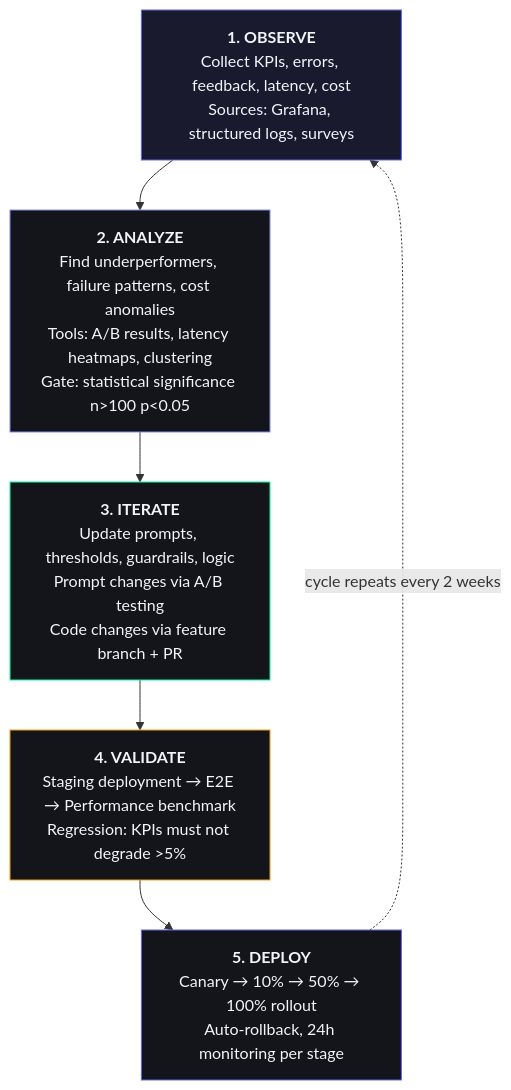
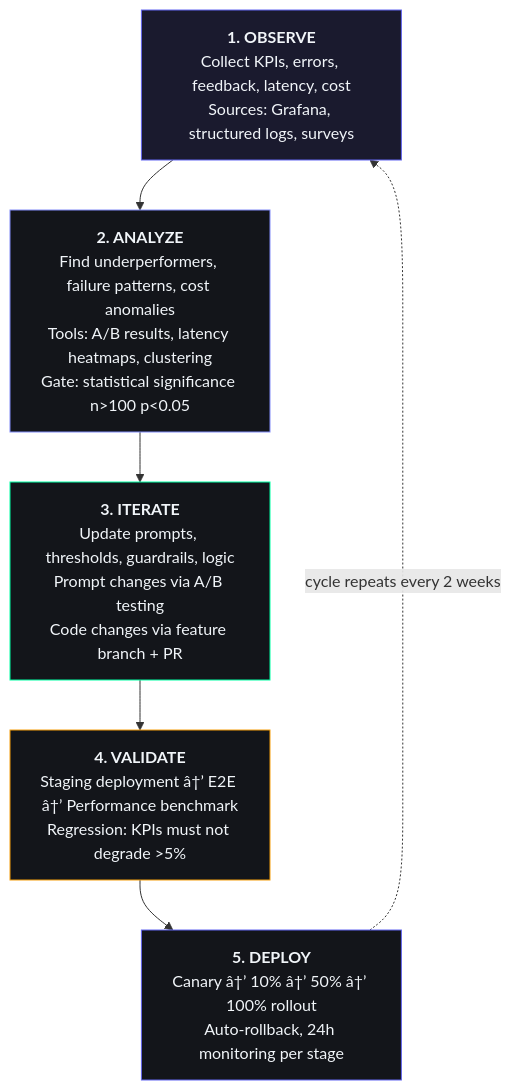
Before and after one commit to rohitkumarnaidu/ARIA-OS---SecondBrain-: the sixth of 8 diagrams in docs/ai/20_Agent.md, drawn with Mermaid. The commit also changed other lines of this file and 9 other files, not shown here.

````diff
--- a/docs/ai/20_Agent.md
+++ b/docs/ai/20_Agent.md
@@ -5006,18 +5028,18 @@
 ```mermaid
 graph TD
     O[<b>1. OBSERVE</b><br/>Collect KPIs, errors, feedback, latency, cost<br/>Sources: Grafana, structured logs, surveys]
     A[<b>2. ANALYZE</b><br/>Find underperformers, failure patterns, cost anomalies<br/>Tools: A/B results, latency heatmaps, clustering<br/>Gate: statistical significance n&gt;100 p&lt;0.05]
     I[<b>3. ITERATE</b><br/>Update prompts, thresholds, guardrails, logic<br/>Prompt changes via A/B testing<br/>Code changes via feature branch + PR]
-    V[<b>4. VALIDATE</b><br/>Staging deployment → E2E → Performance benchmark<br/>Regression: KPIs must not degrade &gt;5%]
-    D[<b>5. DEPLOY</b><br/>Canary → 10% → 50% → 100% rollout<br/>Auto-rollback, 24h monitoring per stage]
+    V[<b>4. VALIDATE</b><br/>Staging deployment â†’ E2E â†’ Performance benchmark<br/>Regression: KPIs must not degrade &gt;5%]
+    D[<b>5. DEPLOY</b><br/>Canary â†’ 10% â†’ 50% â†’ 100% rollout<br/>Auto-rollback, 24h monitoring per stage]
 
     O --> A --> I --> V --> D
 
     D -.->|cycle repeats every 2 weeks| O
 
     style O fill:#1a1a2e,stroke:#6366F1,color:#F1F5F9
     style A fill:#13151A,stroke:#818CF8,color:#F1F5F9
     style I fill:#13151A,stroke:#00FFA3,color:#F1F5F9
     style V fill:#13151A,stroke:#F59E0B,color:#F1F5F9
     style D fill:#13151A,stroke:#6366F1,color:#F1F5F9
 ```
````
